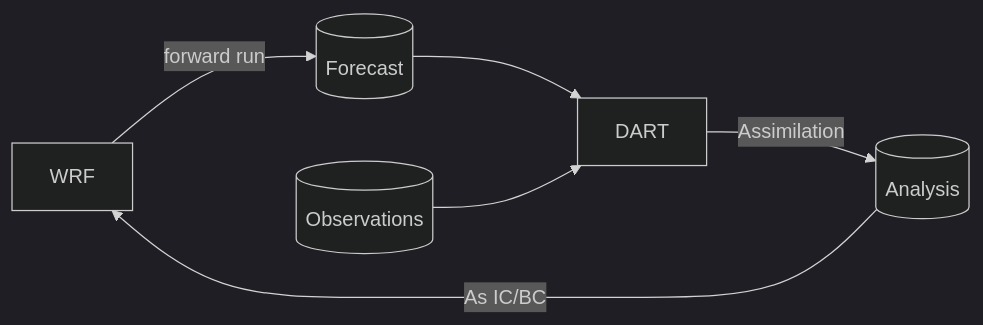
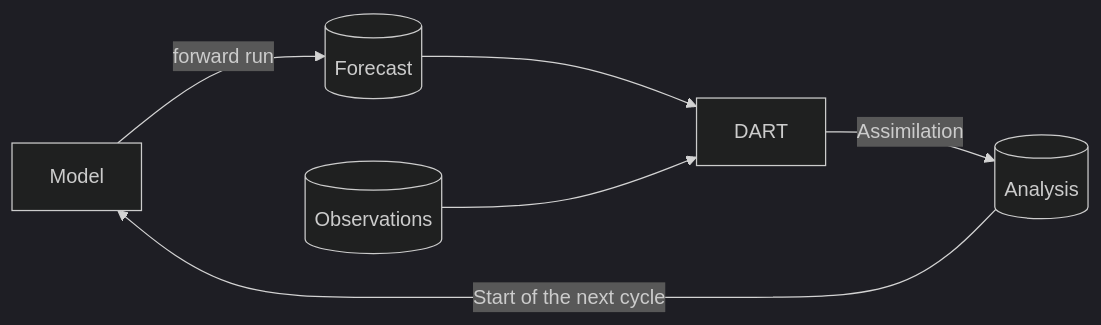
The first of 2 diagrams in docs/core-concepts.md (NOA-ReACT/wrf_ensembly), drawn with Mermaid (dark theme) before and after one commit. The commit also changed other lines of this file and 10 other files, not shown here.

First line of the commit message:
docs: both models in the shared pages, a page for WRF, the model interface

````diff
--- a/docs/core-concepts.md
+++ b/docs/core-concepts.md
@@ -18,9 +18,9 @@
 ```mermaid
 flowchart LR
-  nwp[WRF] -->|forward run| forecast[("Forecast")]
+  nwp[Model] -->|forward run| forecast[("Forecast")]
   forecast --> dart[DART]
   dart -->|Assimilation| analysis[("Analysis")]
-  analysis -->|As IC/BC| nwp
+  analysis -->|Start of the next cycle| nwp
 
   observations[("Observations")] --> dart
 ```
````
